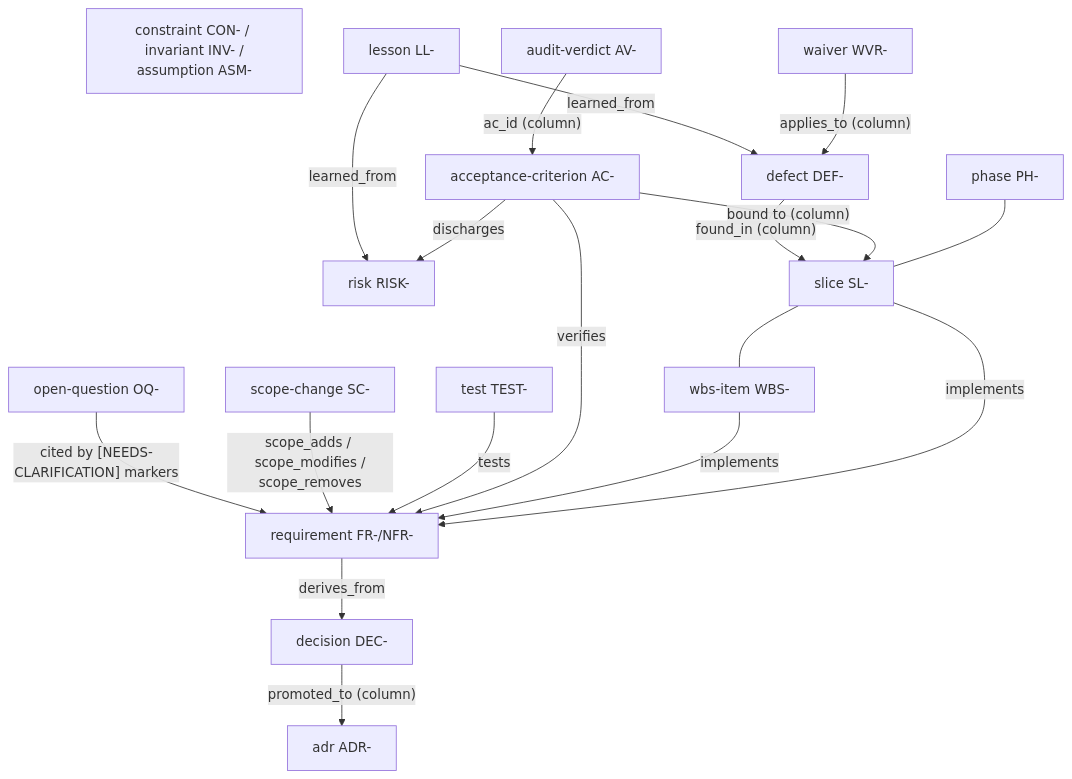
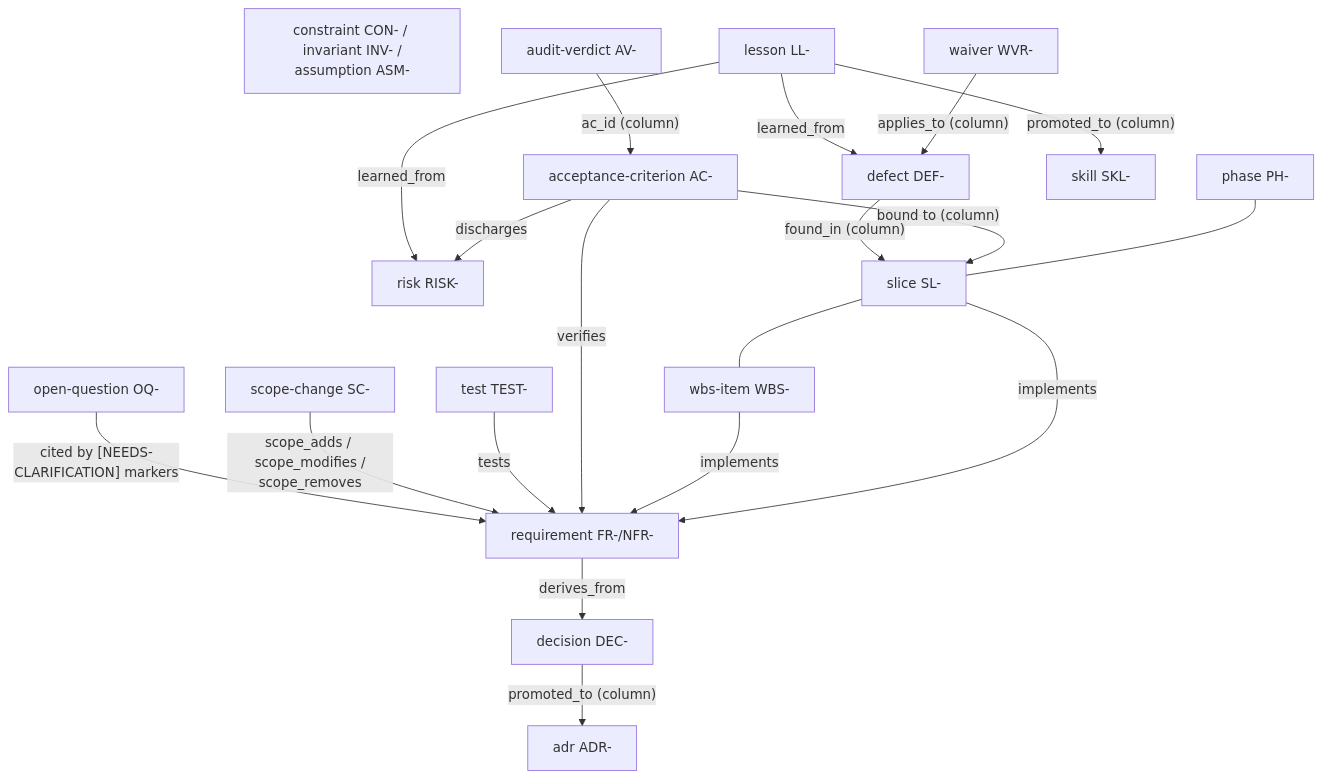
The first of 2 diagrams in plugins/tamheed/references/artifact-catalog.md (A-H-911/tamheed), drawn with Mermaid before and after one commit. The commit also changed other lines of this file and 45 other files, not shown here.

````diff
--- a/plugins/tamheed/references/artifact-catalog.md
+++ b/plugins/tamheed/references/artifact-catalog.md
@@ -21,37 +21,39 @@
 ```mermaid
 flowchart TB
     REQ["requirement FR-/NFR-"]
     CON["constraint CON- / invariant INV- /<br/>assumption ASM-"]
     OQ["open-question OQ-"]
     DEC["decision DEC-"]
     ADR["adr ADR-"]
     RISK["risk RISK-"]
     PH["phase PH-"]
     SL["slice SL-"]
     WBS["wbs-item WBS-"]
     AC["acceptance-criterion AC-"]
     TEST["test TEST-"]
     AV["audit-verdict AV-"]
     DEF["defect DEF-"]
     SC["scope-change SC-"]
     WVR["waiver WVR-"]
     LL["lesson LL-"]
+    SKL["skill SKL-"]
 
     REQ -- "derives_from" --> DEC
     DEC -- "promoted_to (column)" --> ADR
     SL -- "implements" --> REQ
     WBS -- "implements" --> REQ
     PH --- SL
     SL --- WBS
     AC -- "verifies" --> REQ
     AC -- "bound to (column)" --> SL
     TEST -- "tests" --> REQ
     AV -- "ac_id (column)" --> AC
     AC -- "discharges" --> RISK
     DEF -- "found_in (column)" --> SL
     SC -- "scope_adds / scope_modifies /<br/>scope_removes" --> REQ
     WVR -- "applies_to (column)" --> DEF
     OQ -- "cited by [NEEDS-CLARIFICATION] markers" --> REQ
     LL -- "learned_from" --> DEF
     LL -- "learned_from" --> RISK
+    LL -- "promoted_to (column)" --> SKL
 ```
````
